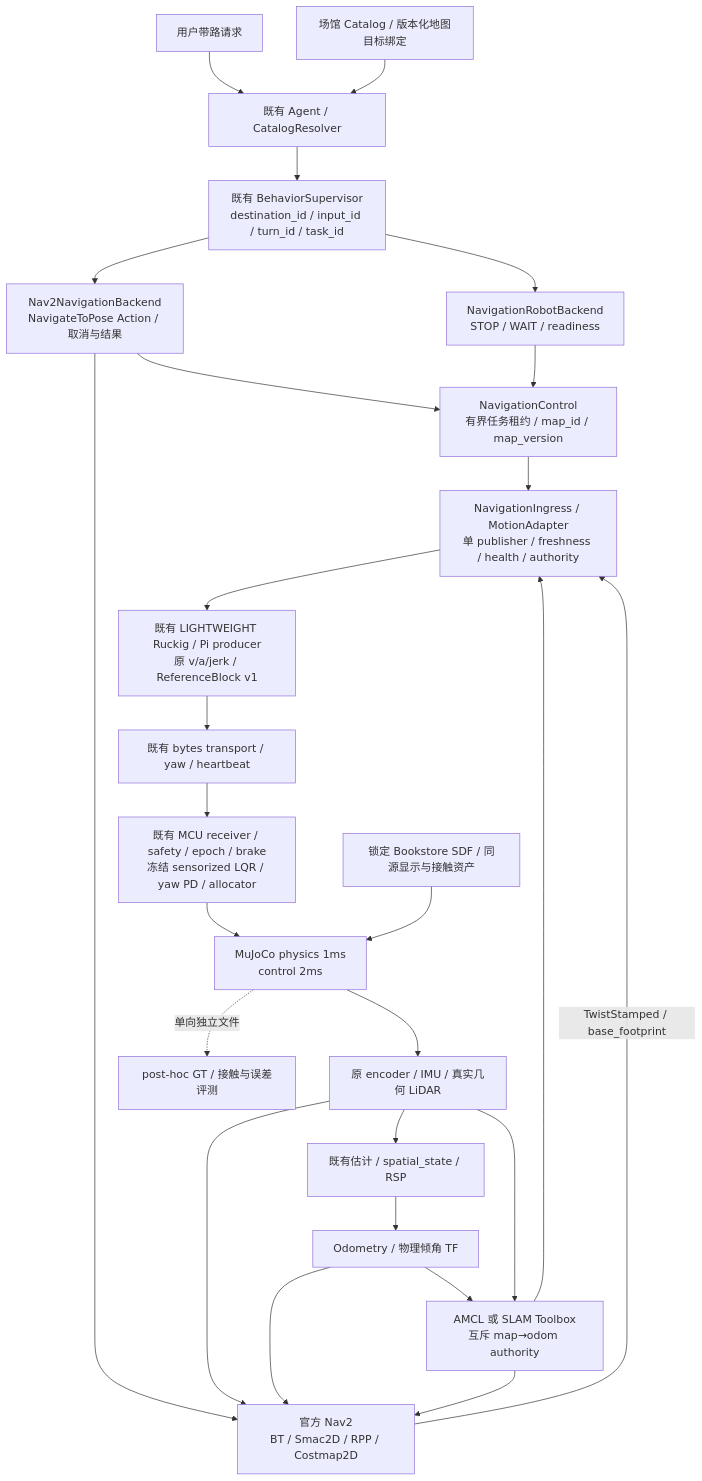
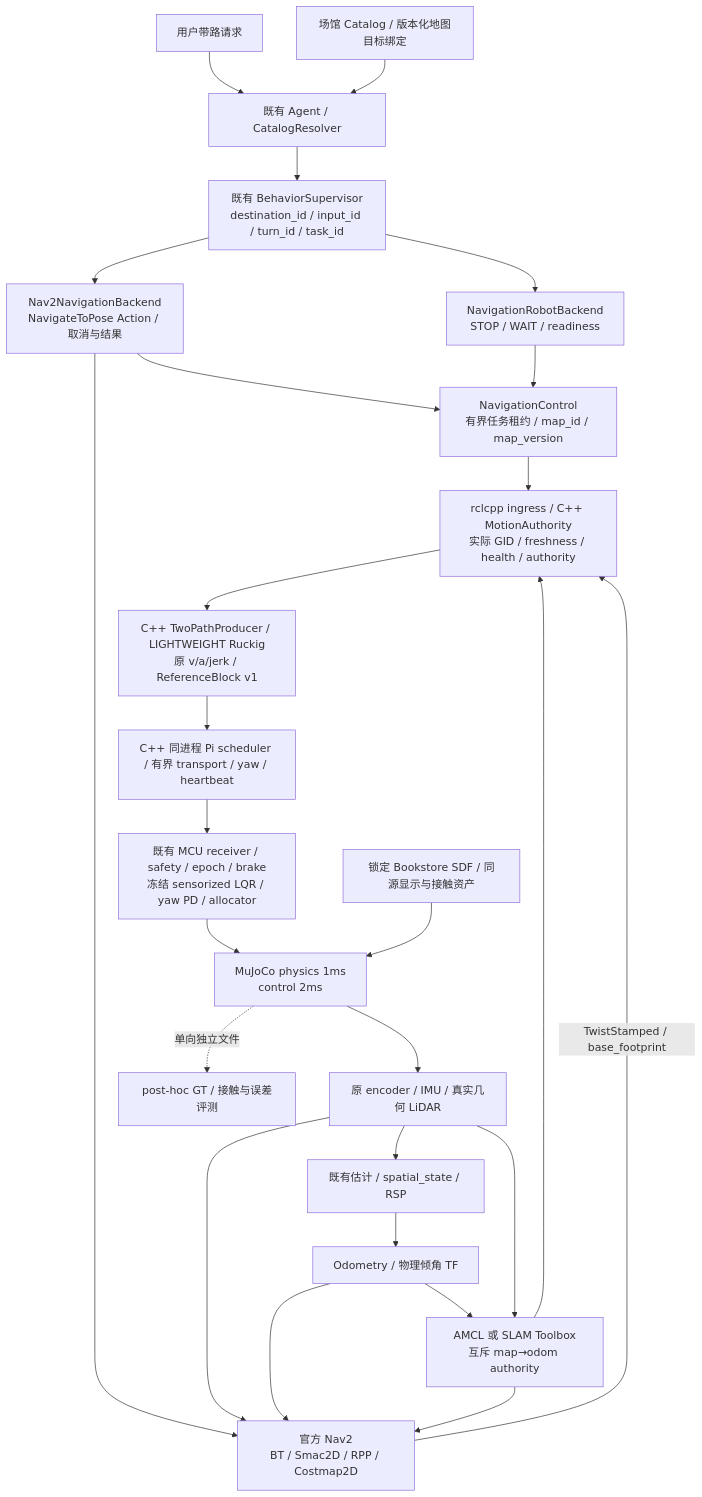
The diagram in docs/RETAIL_NAVIGATION.md (Kyliangarnacho/CompanionBot), drawn with Mermaid before and after one commit. The commit also changed other lines of this file and 153 other files, not shown here.

````diff
--- a/docs/RETAIL_NAVIGATION.md
+++ b/docs/RETAIL_NAVIGATION.md
@@ -7,28 +7,28 @@
 ```mermaid
 flowchart TB
   USER[用户带路请求] --> AG[既有 Agent / CatalogResolver]
   CAT[场馆 Catalog / 版本化地图目标绑定] --> AG
   AG --> SUP[既有 BehaviorSupervisor<br/>destination_id / input_id / turn_id / task_id]
   SUP --> ACTION[Nav2NavigationBackend<br/>NavigateToPose Action / 取消与结果]
   SUP --> STOP[NavigationRobotBackend<br/>STOP / WAIT / readiness]
   ACTION --> LEASE[NavigationControl<br/>有界任务租约 / map_id / map_version]
   STOP --> LEASE
   ACTION --> NAV[官方 Nav2<br/>BT / Smac2D / RPP / Costmap2D]
-  NAV -->|TwistStamped / base_footprint| ADAPT[NavigationIngress / MotionAdapter<br/>单 publisher / freshness / health / authority]
+  NAV -->|TwistStamped / base_footprint| ADAPT[rclcpp ingress / C++ MotionAuthority<br/>实际 GID / freshness / health / authority]
   LEASE --> ADAPT
-  ADAPT --> PLAN[既有 LIGHTWEIGHT Ruckig / Pi producer<br/>原 v/a/jerk / ReferenceBlock v1]
-  PLAN --> LINK[既有 bytes transport / yaw / heartbeat]
+  ADAPT --> PLAN[C++ TwoPathProducer / LIGHTWEIGHT Ruckig<br/>原 v/a/jerk / ReferenceBlock v1]
+  PLAN --> LINK[C++ 同进程 Pi scheduler / 有界 transport / yaw / heartbeat]
   LINK --> MCU[既有 MCU receiver / safety / epoch / brake<br/>冻结 sensorized LQR / yaw PD / allocator]
   MCU --> PLANT[MuJoCo physics 1ms<br/>control 2ms]
   WORLD[锁定 Bookstore SDF / 同源显示与接触资产] --> PLANT
   PLANT --> SENS[原 encoder / IMU / 真实几何 LiDAR]
   SENS --> EST[既有估计 / spatial_state / RSP]
   EST --> ODOM[Odometry / 物理倾角 TF]
   ODOM --> LOC[AMCL 或 SLAM Toolbox<br/>互斥 map→odom authority]
   SENS --> LOC
   SENS --> NAV
   ODOM --> NAV
   LOC --> NAV
   LOC --> ADAPT
   PLANT -. 单向独立文件 .-> GT[post-hoc GT / 接触与误差评测]
 ```
````
